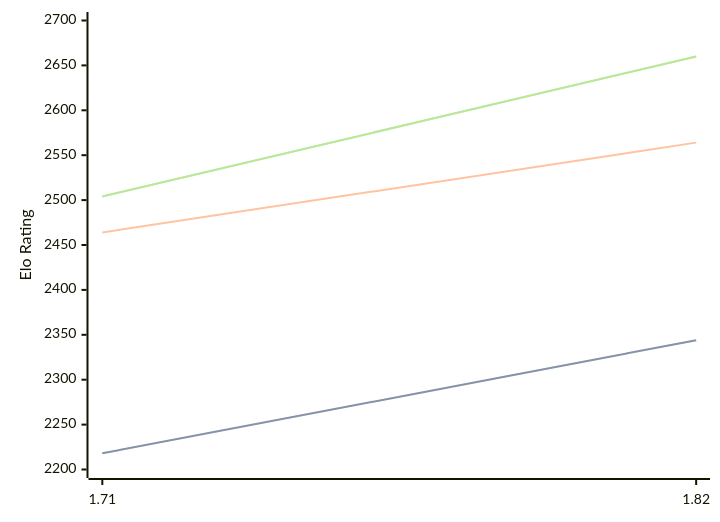
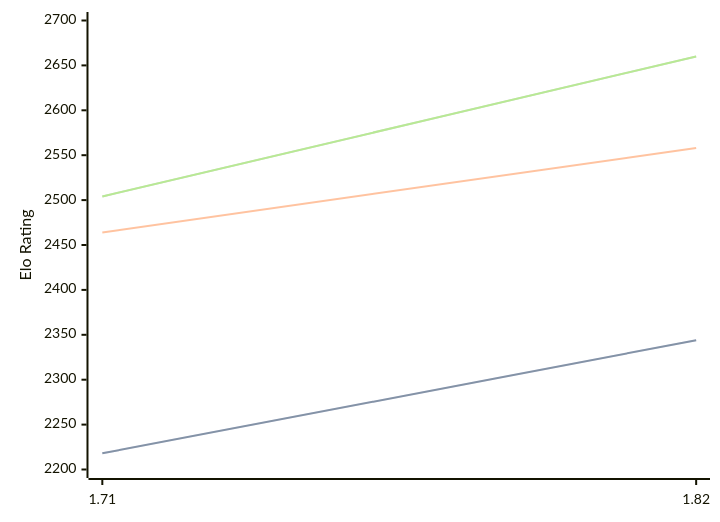
Before and after one commit to computer-chess-index/cci: the diagram in engines/Amira.md, drawn with Mermaid. The commit also changed other lines of this file, not shown here.

````diff
--- a/engines/Amira.md
+++ b/engines/Amira.md
@@ -35,11 +35,11 @@
 ```mermaid
 %%{init: {"theme":"base","themeVariables":{"seriesColors:['#a3a3a3','#222221','#faa371']}}}%%
 xychart-beta
   x-axis ["1.71", "1.82"]
   y-axis "Elo Rating" 2200 --> 2700
   line "STC (8.0+0.08s)" [2218, 2344]
   line "STC (8.0+0.08s)" [2218, 2344]
-  line "LTC (60.0+0.60s)" [2464, 2564]
+  line "LTC (60.0+0.60s)" [2464, 2558]
   line "VLTC (2m24s+1.12s)" [2504, 2660]
   line "VLTC (2m24s+1.12s)" [2504, 2660]
 ```
````
